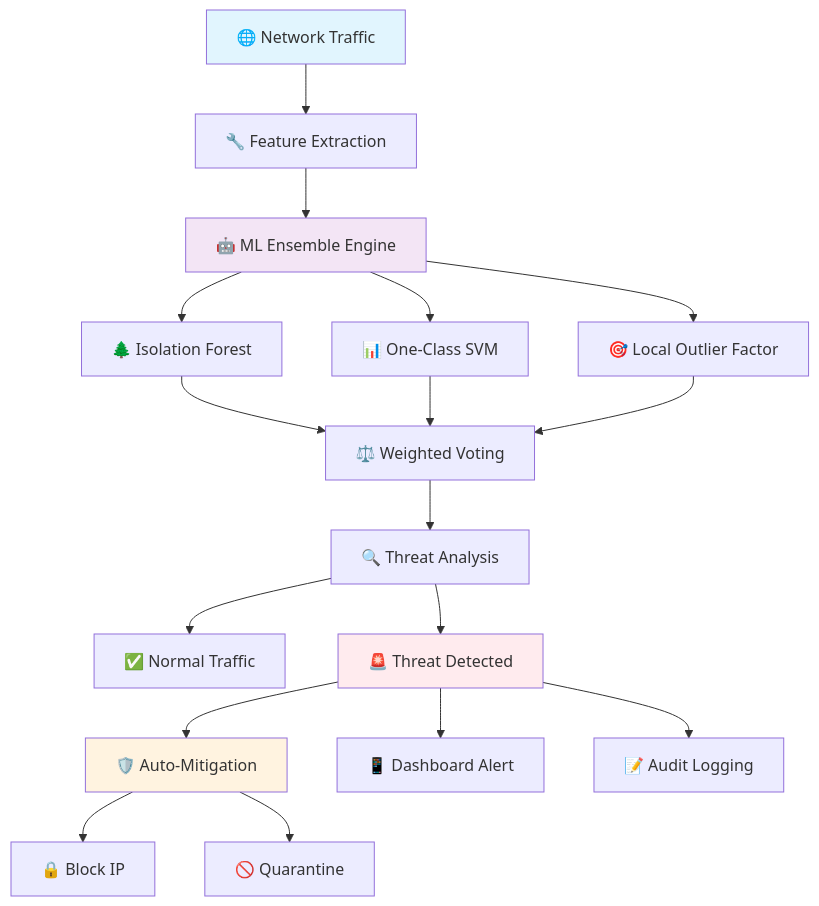
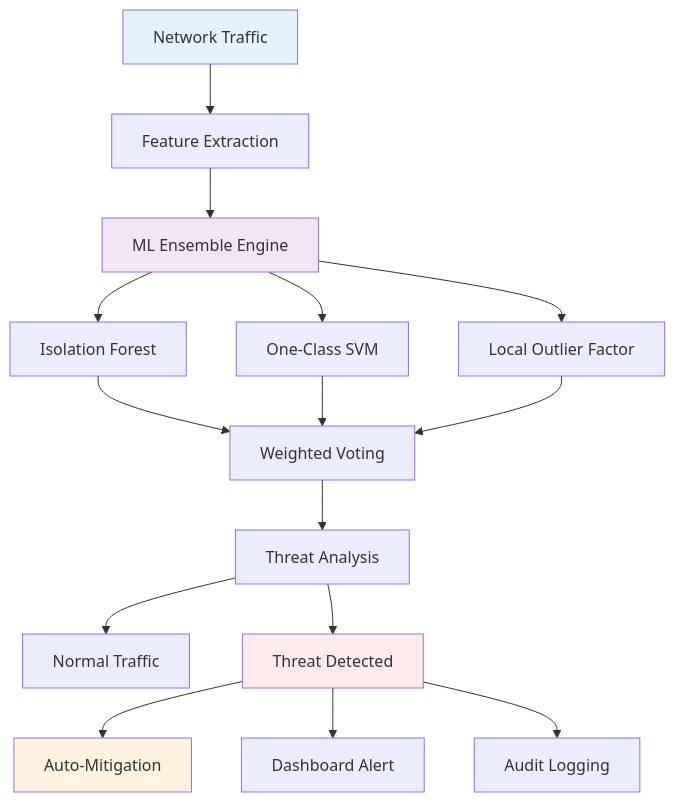
One commit to LuthandoCandlovu/zero-day-detection changed the diagram in README.md. Above: the diagram before and after it, drawn with Mermaid. The commit also changed other lines of this file, not shown here.

````diff
--- a/README.md
+++ b/README.md
@@ -116,29 +131,26 @@
 ```mermaid
 graph TB
-    A[🌐 Network Traffic] --> B[🔧 Feature Extraction]
-    B --> C[🤖 ML Ensemble Engine]
+    A[Network Traffic] --> B[Feature Extraction]
+    B --> C[ML Ensemble Engine]
     
-    C --> D[🌲 Isolation Forest]
-    C --> E[📊 One-Class SVM]
-    C --> F[🎯 Local Outlier Factor]
+    C --> D[Isolation Forest]
+    C --> E[One-Class SVM]
+    C --> F[Local Outlier Factor]
     
-    D --> G[⚖️ Weighted Voting]
+    D --> G[Weighted Voting]
     E --> G
     F --> G
     
-    G --> H[🔍 Threat Analysis]
-    H --> I[✅ Normal Traffic]
-    H --> J[🚨 Threat Detected]
+    G --> H[Threat Analysis]
+    H --> I[Normal Traffic]
+    H --> J[Threat Detected]
     
-    J --> K[🛡️ Auto-Mitigation]
-    J --> L[📱 Dashboard Alert]
-    J --> M[📝 Audit Logging]
+    J --> K[Auto-Mitigation]
+    J --> L[Dashboard Alert]
+    J --> M[Audit Logging]
     
-    K --> N[🔒 Block IP]
-    K --> O[🚫 Quarantine]
-    
-    style A fill:#e1f5fe
+    style A fill:#e3f2fd
     style C fill:#f3e5f5
     style J fill:#ffebee
     style K fill:#fff3e0
 ```
````
